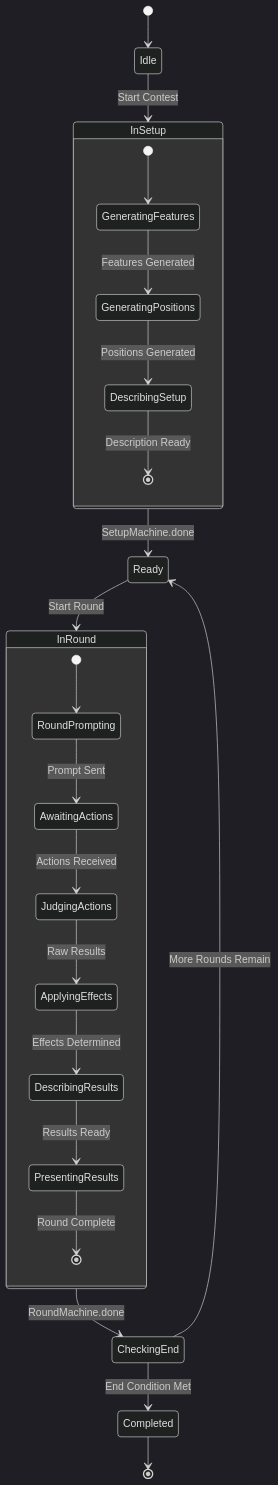
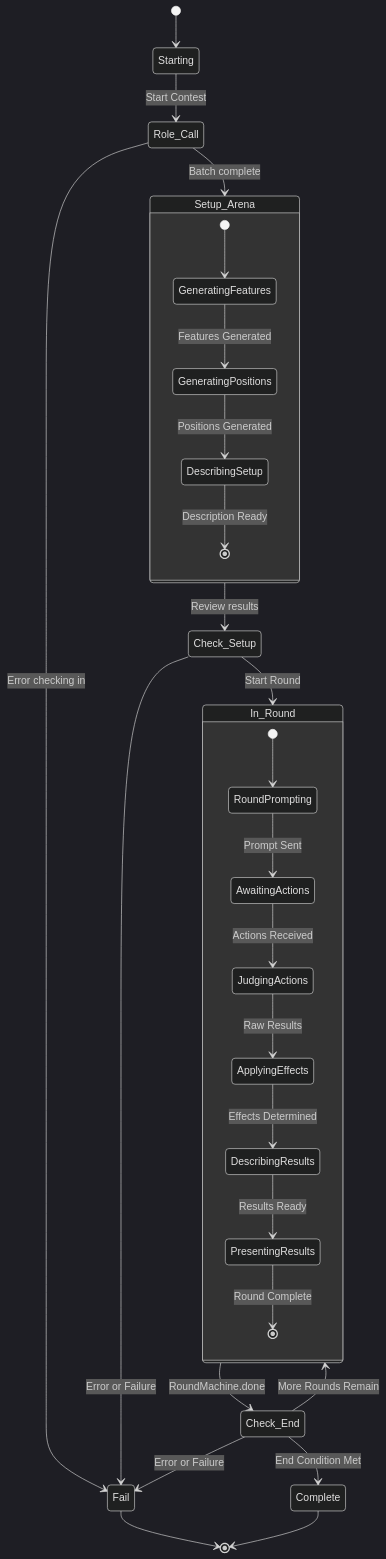
Before and after one commit to 0xbeedao/agent-arena: the diagram in docs/contest-state-machines.md, drawn with Mermaid (dark theme). The commit also changed 11 other files, not shown here.

````diff
--- a/docs/contest-state-machines.md
+++ b/docs/contest-state-machines.md
@@ -1,32 +1,38 @@
 ```mermaid
 stateDiagram-v2
   %% Top‐level Contest machine
-  [*] --> Idle
-
-  Idle --> InSetup                 : Start Contest
-  InSetup --> Ready                : SetupMachine.done
-  Ready --> InRound                : Start Round
-  InRound --> CheckingEnd          : RoundMachine.done
-  CheckingEnd --> Completed        : End Condition Met
-  CheckingEnd --> Ready            : More Rounds Remain
-  Completed --> [*]
-
+  [*] --> Starting
+  Starting --> Role_Call           : Start Contest
+  Role_Call --> Setup_Arena        : Batch complete
+  Role_Call --> Fail               : Error checking in
+  Setup_Arena --> Check_Setup      : Review results
+  Check_Setup --> In_Round         : Start Round
+  Check_Setup --> Fail             : Error or Failure
+  In_Round --> Check_End           : RoundMachine.done
+  Check_End --> Fail               : Error or Failure
+  Check_End --> Complete           : End Condition Met
+  Check_End --> In_Round           : More Rounds Remain
+  Complete --> [*]
+  
   %% Nested Setup machine inside InSetup
-  state InSetup {
+  state Setup_Arena {
     [*] --> GeneratingFeatures
     GeneratingFeatures --> GeneratingPositions : Features Generated
     GeneratingPositions --> DescribingSetup    : Positions Generated
     DescribingSetup --> [*]                    : Description Ready
   }
 
   %% Nested Round machine inside InRound
-  state InRound {
+  state In_Round {
     [*] --> RoundPrompting
     RoundPrompting --> AwaitingActions    : Prompt Sent
     AwaitingActions --> JudgingActions    : Actions Received
     JudgingActions --> ApplyingEffects    : Raw Results
     ApplyingEffects --> DescribingResults : Effects Determined
     DescribingResults --> PresentingResults: Results Ready
     PresentingResults --> [*]             : Round Complete
   }
+
+  Fail --> [*]
+
 ```
````
